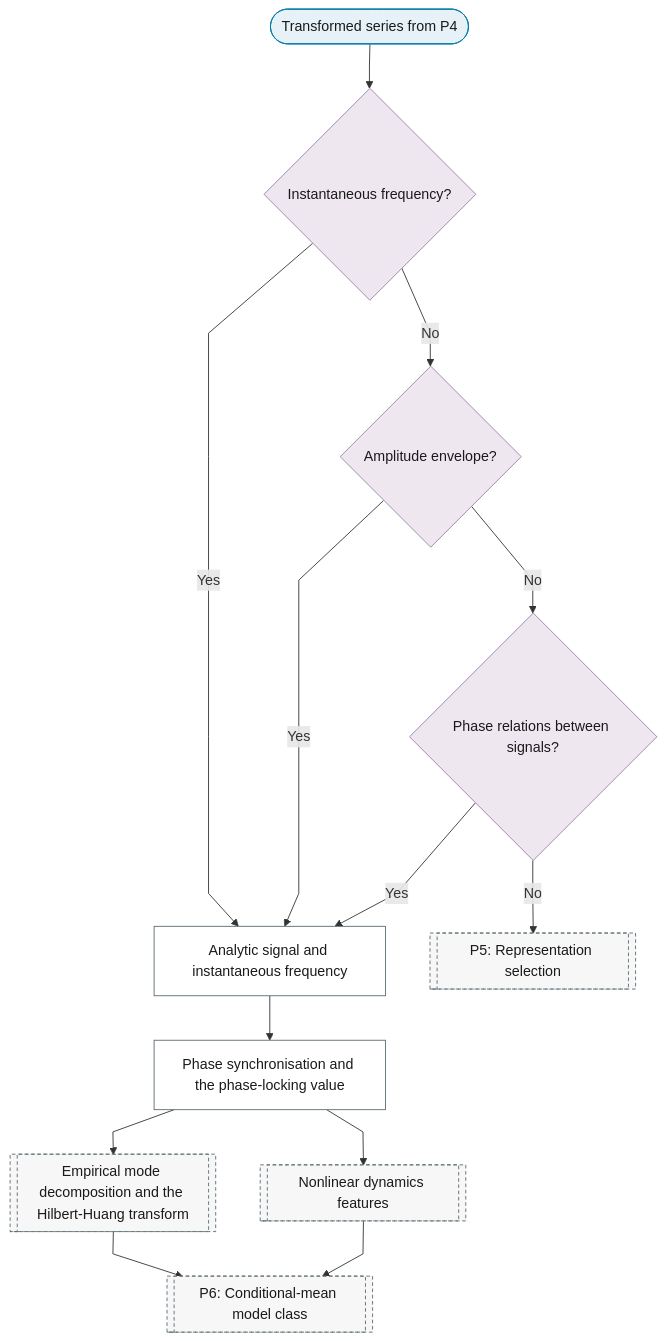
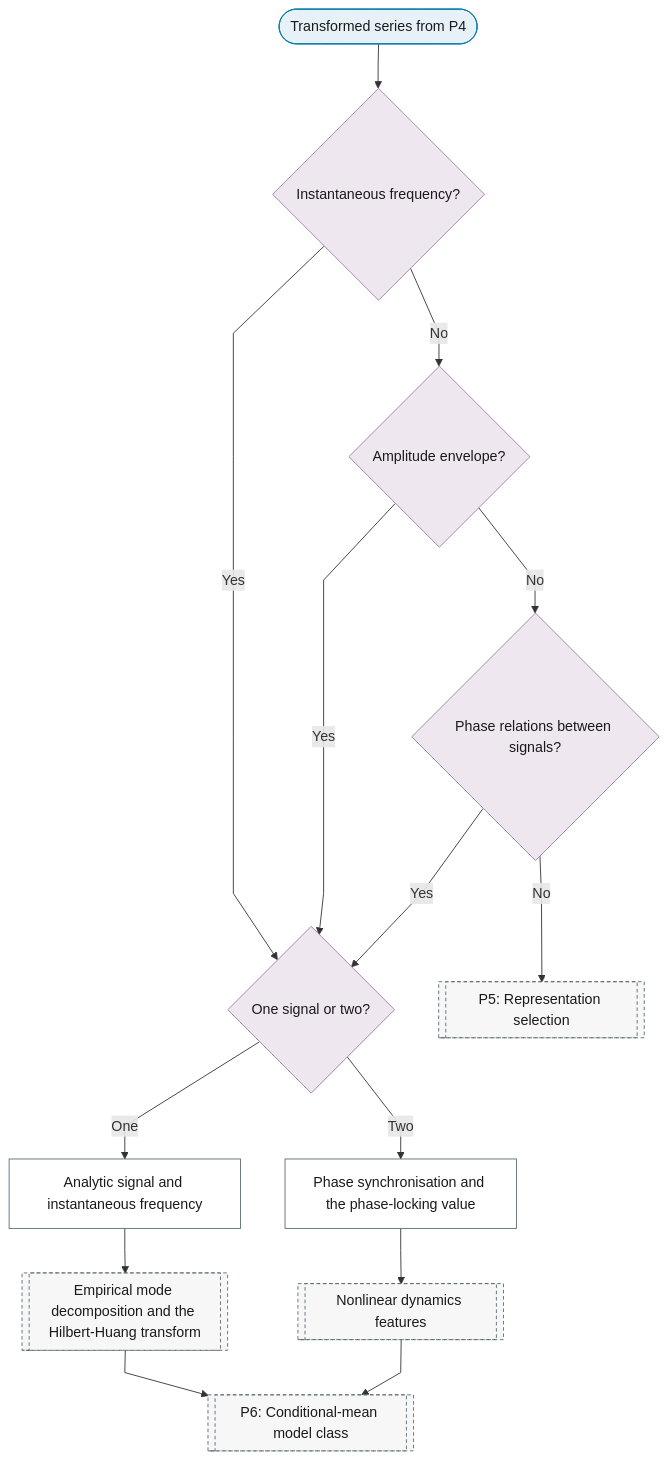
One commit to Shuxin-Y/time-series-analysis-manual changed the diagram in docs/01-workflow/p05-representation/06-hilbert-phase.md. Above: the diagram before and after it, drawn with Mermaid. The commit also changed 5 other files, not shown here.

First line of the commit message:
fix(flowchart): the last alternative chains become fan-outs (rev1 M8, rev2 N10, rev3 N8)

````diff
--- a/docs/01-workflow/p05-representation/06-hilbert-phase.md
+++ b/docs/01-workflow/p05-representation/06-hilbert-phase.md
@@ -7,27 +7,28 @@
 ```mermaid
 %%{init: {"flowchart": {"curve": "linear"}}}%%
 graph TD
     P5_HP_IN(["Transformed series from P4"]) --> P5_HP_INSTANTANEOUS{"Instantaneous frequency?"}
-    P5_HP_INSTANTANEOUS -->|"Yes"| P5_HP_ANALYTIC_SIGNAL["Analytic signal and instantaneous frequency"]
+    P5_HP_INSTANTANEOUS -->|"Yes"| P5_HP_SIGNALS{"One signal or two?"}
     P5_HP_INSTANTANEOUS -->|"No"| P5_HP_AMPLITUDE{"Amplitude envelope?"}
-    P5_HP_AMPLITUDE -->|"Yes"| P5_HP_ANALYTIC_SIGNAL
+    P5_HP_AMPLITUDE -->|"Yes"| P5_HP_SIGNALS
     P5_HP_AMPLITUDE -->|"No"| P5_HP_PHASE_RELATIONS{"Phase relations between signals?"}
-    P5_HP_PHASE_RELATIONS -->|"Yes"| P5_HP_ANALYTIC_SIGNAL
+    P5_HP_PHASE_RELATIONS -->|"Yes"| P5_HP_SIGNALS
     P5_HP_PHASE_RELATIONS -->|"No"| P5[["P5: Representation selection"]]
-    P5_HP_ANALYTIC_SIGNAL --> P5_HP_PHASE_SYNC["Phase synchronisation and the phase-locking value"]
-    P5_HP_PHASE_SYNC --> P5_TF_EMD[["Empirical mode decomposition and the Hilbert-Huang transform"]]
+    P5_HP_SIGNALS -->|"One"| P5_HP_ANALYTIC_SIGNAL["Analytic signal and instantaneous frequency"]
+    P5_HP_SIGNALS -->|"Two"| P5_HP_PHASE_SYNC["Phase synchronisation and the phase-locking value"]
+    P5_HP_ANALYTIC_SIGNAL --> P5_TF_EMD[["Empirical mode decomposition and the Hilbert-Huang transform"]]
     P5_HP_PHASE_SYNC --> P2_FE_NONLINEAR_FEATURES[["Nonlinear dynamics features"]]
     P5_TF_EMD & P2_FE_NONLINEAR_FEATURES --> P6[["P6: Conditional-mean model class"]]
     class P5_HP_IN terminator
-    class P5_HP_INSTANTANEOUS,P5_HP_AMPLITUDE,P5_HP_PHASE_RELATIONS decision
+    class P5_HP_INSTANTANEOUS,P5_HP_SIGNALS,P5_HP_AMPLITUDE,P5_HP_PHASE_RELATIONS decision
     class P5_HP_ANALYTIC_SIGNAL,P5_HP_PHASE_SYNC process
     class P5,P5_TF_EMD,P2_FE_NONLINEAR_FEATURES,P6 ref
     classDef terminator fill:#E6F2F7,stroke:#007BA7,color:#1A1A1A;
     classDef process fill:#FFFFFF,stroke:#5A6B73,color:#1A1A1A;
     classDef decision fill:#EFE7F0,stroke:#9B7FA7,color:#1A1A1A;
     classDef data fill:#FFF4E0,stroke:#C9A55E,color:#1A1A1A;
     classDef good fill:#DCEFD8,stroke:#4A7A3F,color:#1A1A1A;
     classDef escalate fill:#FFE9C2,stroke:#C9A55E,color:#1A1A1A;
     classDef problem fill:#F2D9DE,stroke:#800020,color:#1A1A1A;
     classDef ref fill:#F7F7F7,stroke:#5A6B73,color:#1A1A1A,stroke-dasharray:4 3;
 ```
````
